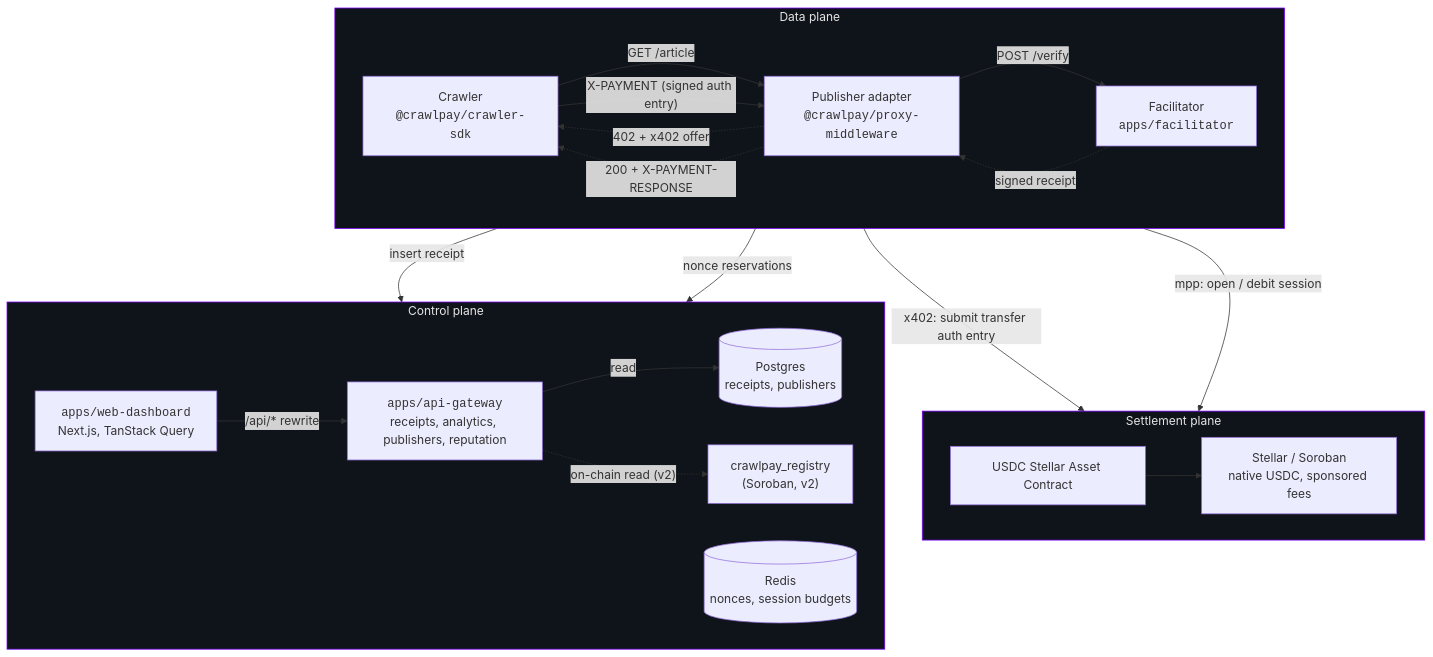
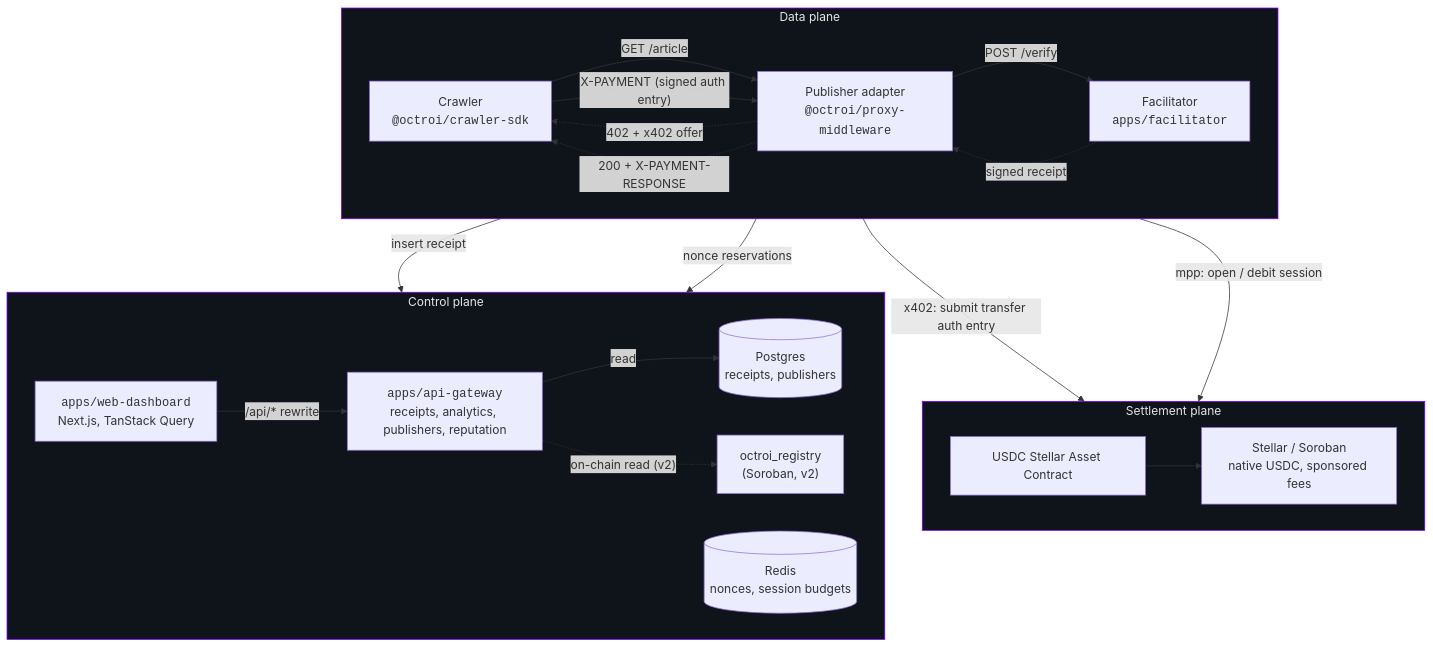
Before and after one commit to DingTom23/octroi: the first of 2 diagrams in README.md, drawn with Mermaid. The commit also changed other lines of this file and 119 other files, not shown here.

````diff
--- a/README.md
+++ b/README.md
@@ -60,41 +60,41 @@
 ```mermaid
 flowchart TB
   subgraph DATA["Data plane"]
     direction LR
-    C["Crawler<br/><code>@crawlpay/crawler-sdk</code>"]
-    P["Publisher adapter<br/><code>@crawlpay/proxy-middleware</code>"]
+    C["Crawler<br/><code>@octroi/crawler-sdk</code>"]
+    P["Publisher adapter<br/><code>@octroi/proxy-middleware</code>"]
     F["Facilitator<br/><code>apps/facilitator</code>"]
     C -->|"GET /article"| P
     P -.->|"402 + x402 offer"| C
     C -->|"X-PAYMENT (signed auth entry)"| P
     P -->|"POST /verify"| F
     F -.->|"signed receipt"| P
     P -.->|"200 + X-PAYMENT-RESPONSE"| C
   end
 
   subgraph SETTLE["Settlement plane"]
     direction LR
     SAC["USDC Stellar Asset Contract"]
     STELLAR["Stellar / Soroban<br/>native USDC, sponsored fees"]
     F -->|"x402: submit transfer auth entry"| SAC
     F -->|"mpp: open / debit session"| SAC
     SAC --> STELLAR
   end
 
   subgraph CONTROL["Control plane"]
     direction LR
     API["<code>apps/api-gateway</code><br/>receipts, analytics, publishers, reputation"]
     WEB["<code>apps/web-dashboard</code><br/>Next.js, TanStack Query"]
     DB[("Postgres<br/>receipts, publishers")]
     R[("Redis<br/>nonces, session budgets")]
-    REG["crawlpay_registry<br/>(Soroban, v2)"]
+    REG["octroi_registry<br/>(Soroban, v2)"]
     F -->|"insert receipt"| DB
     F -->|"nonce reservations"| R
     API -->|"read"| DB
     API -.->|"on-chain read (v2)"| REG
     WEB -->|"/api/* rewrite"| API
   end
 
   classDef plane fill:#0F141A,stroke:#7D00FF,color:#E5E5E5,stroke-width:1px
   class DATA,SETTLE,CONTROL plane
 ```
````
